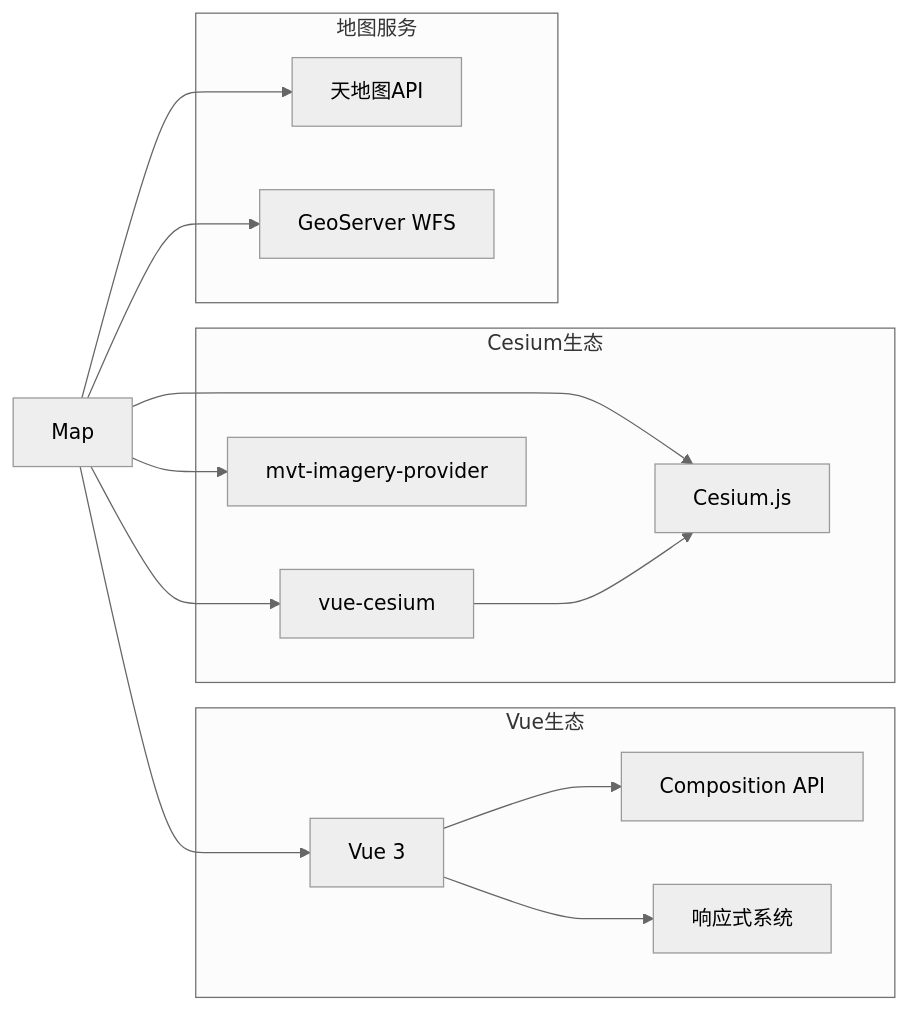
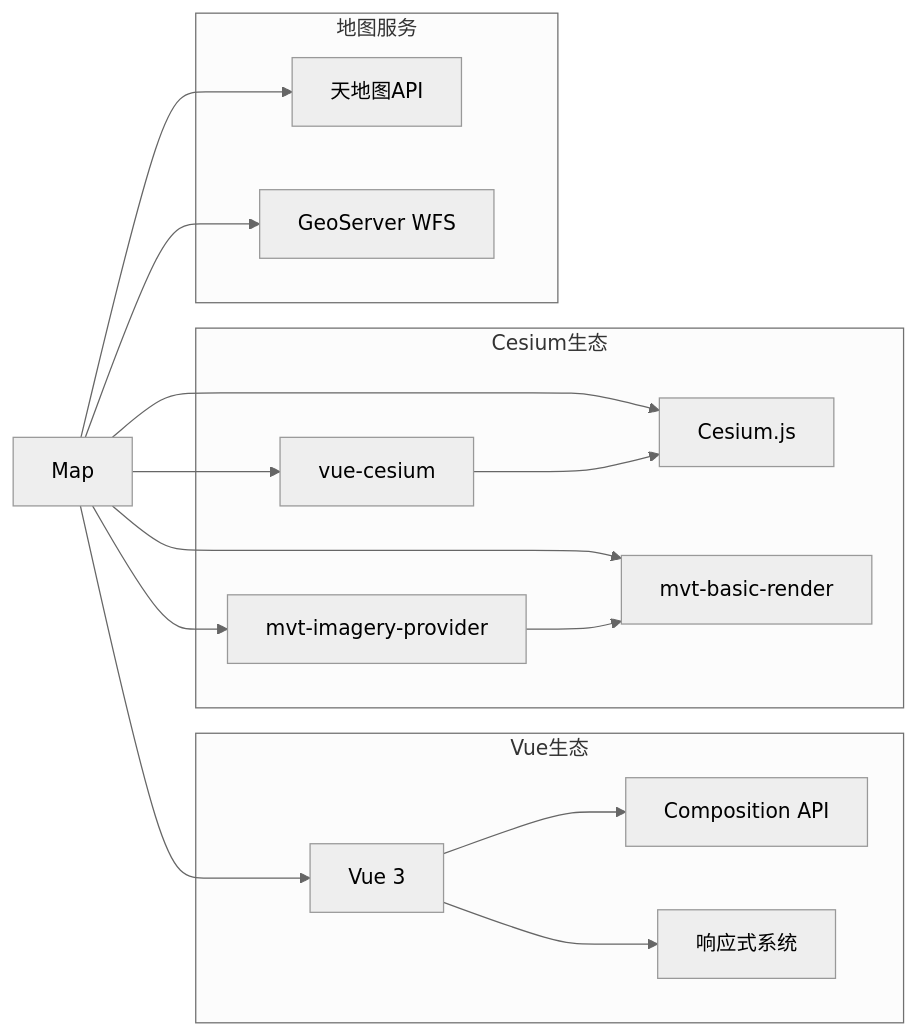
One commit to zhibo1997/government-dashboard changed diagram 15 of 16 in .qoder/repowiki/zh/content/核心组件架构/地图组件.md. Above: the diagram before and after it, drawn with Mermaid (neutral theme). The commit also changed other lines of this file and 28 other files, not shown here.

````diff
--- a/.qoder/repowiki/zh/content/核心组件架构/地图组件.md
+++ b/.qoder/repowiki/zh/content/核心组件架构/地图组件.md
@@ -410,26 +676,29 @@
 ```mermaid
 graph LR
 subgraph "Vue生态"
 Vue[Vue 3]
 Composition[Composition API]
 Reactive[响应式系统]
 end
 subgraph "Cesium生态"
 Cesium[Cesium.js]
 VueCesium[vue-cesium]
 MVT[mvt-imagery-provider]
+MVTBasic[mvt-basic-render]
 end
 subgraph "地图服务"
 Tianditu[天地图API]
 GeoServer[GeoServer WFS]
 end
 Map --> Vue
 Map --> Cesium
 Map --> VueCesium
 Map --> MVT
+Map --> MVTBasic
 Map --> Tianditu
 Map --> GeoServer
 Vue --> Composition
 Vue --> Reactive
 VueCesium --> Cesium
+MVT --> MVTBasic
 ```
````
